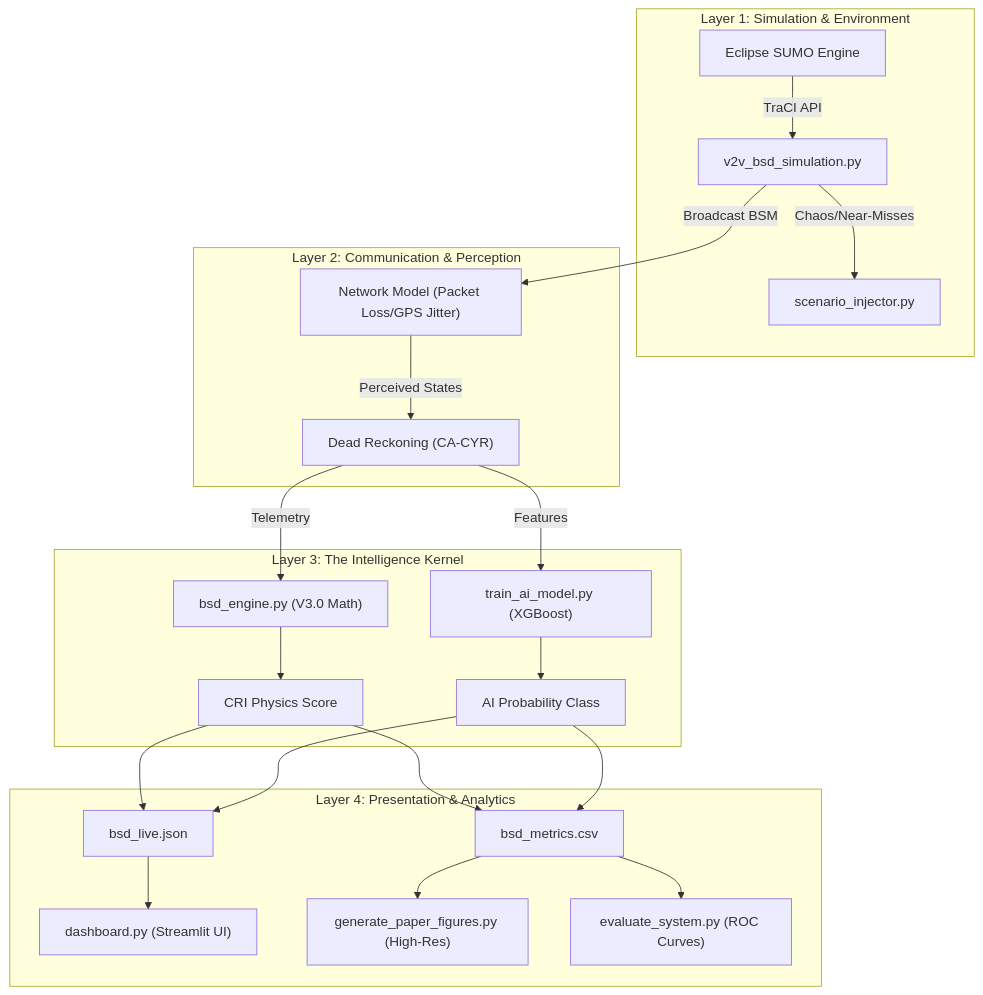
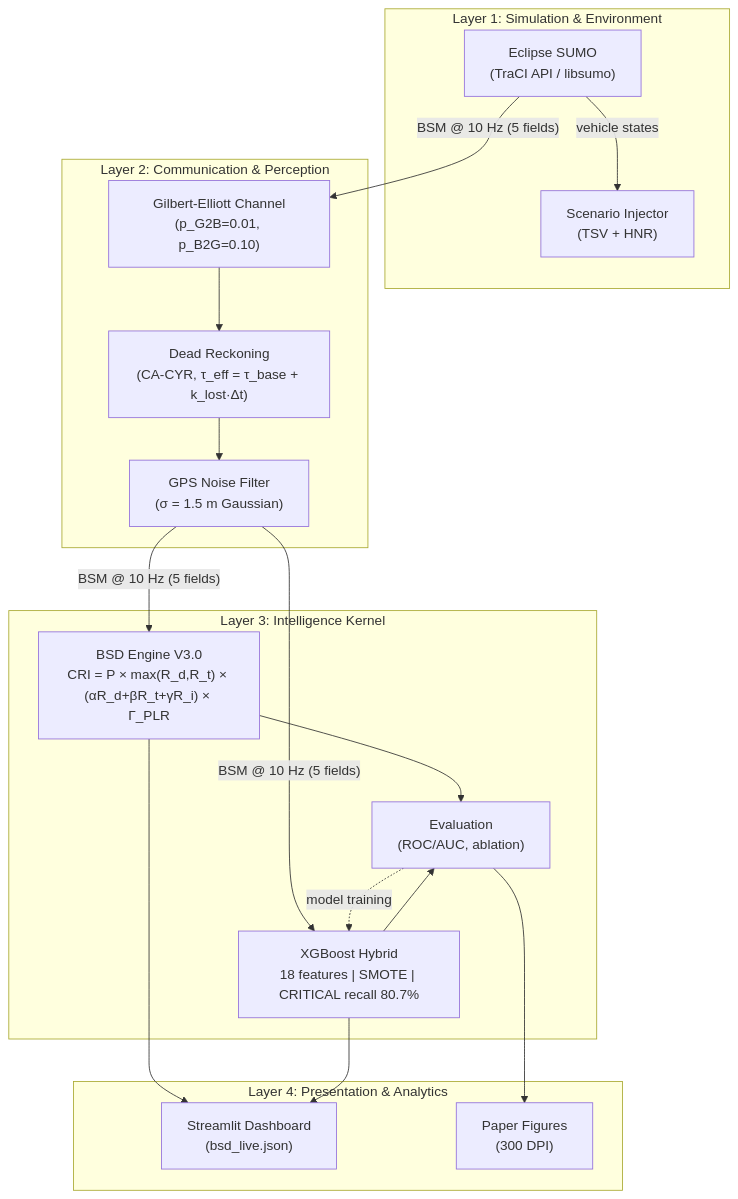
The diagram in README.md (omkarrr88/V2V), drawn with Mermaid before and after one commit. The commit also changed other lines of this file and 40 other files, not shown here.

````diff
--- a/README.md
+++ b/README.md
@@ -28,27 +79,26 @@
 ```mermaid
 graph TD
     subgraph "Layer 1: Simulation & Environment"
-        SUMO["Eclipse SUMO Engine"] -- "TraCI API" --> Sim["v2v_bsd_simulation.py"]
-        Sim -- "Chaos/Near-Misses" --> Inj["scenario_injector.py"]
+        SUMO["Eclipse SUMO\n(TraCI API / libsumo)"] -- "vehicle states" --> Inj["Scenario Injector\n(TSV + HNR)"]
     end
 
     subgraph "Layer 2: Communication & Perception"
-        Sim -- "Broadcast BSM" --> Comm["Network Model (Packet Loss/GPS Jitter)"]
-        Comm -- "Perceived States" --> DR["Dead Reckoning (CA-CYR)"]
+        SUMO -- "BSM @ 10 Hz (5 fields)" --> Comm["Gilbert-Elliott Channel\n(p_G2B=0.01, p_B2G=0.10)"]
+        Comm --> DR["Dead Reckoning\n(CA-CYR, τ_eff = τ_base + k_lost·Δt)"]
+        DR --> GPS["GPS Noise Filter\n(σ = 1.5 m Gaussian)"]
     end
 
-    subgraph "Layer 3: The Intelligence Kernel"
-        DR -- "Telemetry" --> Engine["bsd_engine.py (V3.0 Math)"]
-        DR -- "Features" --> AI["train_ai_model.py (XGBoost)"]
-        Engine --> CRI["CRI Physics Score"]
-        AI --> AI_Prob["AI Probability Class"]
+    subgraph "Layer 3: Intelligence Kernel"
+        GPS -- "BSM @ 10 Hz (5 fields)" --> Engine["BSD Engine V3.0\nCRI = P × max(R_d,R_t) × (αR_d+βR_t+γR_i) × Γ_PLR"]
+        GPS -- "BSM @ 10 Hz (5 fields)" --> AI["XGBoost Hybrid\n18 features | SMOTE | CRITICAL recall 80.7%"]
+        Eval["Evaluation\n(ROC/AUC, ablation)"] -. "model training" .-> AI
     end
 
     subgraph "Layer 4: Presentation & Analytics"
-        CRI & AI_Prob --> Live["bsd_live.json"]
-        Live --> Dash["dashboard.py (Streamlit UI)"]
-        CRI & AI_Prob --> Metrics["bsd_metrics.csv"]
-        Metrics --> Paper["generate_paper_figures.py (High-Res)"]
-        Metrics --> Eval["evaluate_system.py (ROC Curves)"]
+        Engine --> Dash["Streamlit Dashboard\n(bsd_live.json)"]
+        AI --> Dash
+        Engine --> Eval
+        AI --> Eval
+        Eval --> Paper["Paper Figures\n(300 DPI)"]
     end
 ```
````
